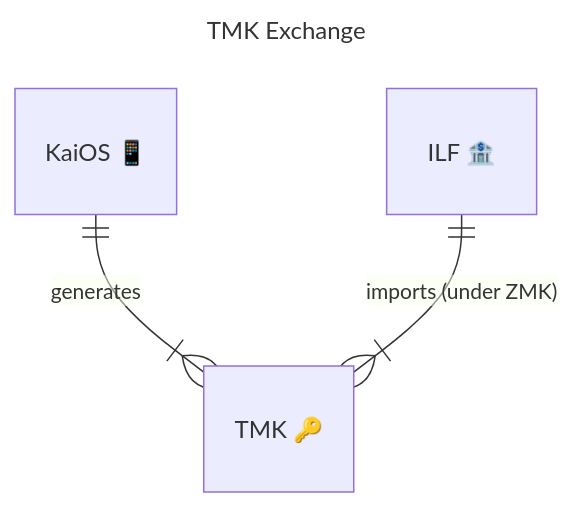
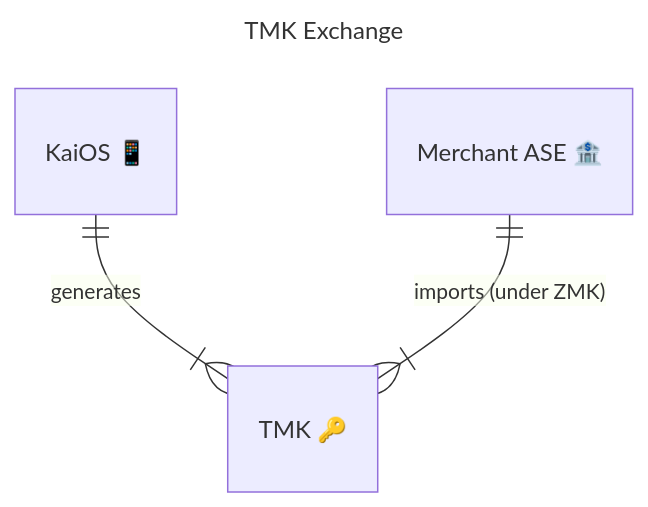
The third of 6 diagrams in test/hsm-emulator/README.md (interledger/rafiki), drawn with Mermaid before and after one commit. The commit also changed other lines of this file and 14 other files, not shown here.

````diff
--- a/test/hsm-emulator/README.md
+++ b/test/hsm-emulator/README.md
@@ -58,8 +76,8 @@
 ```mermaid
 ---
 title: TMK Exchange
 ---
 erDiagram
     "KaiOS 📱" ||--}| "TMK 🔑" : generates
-    "ILF 🏦" ||--}| "TMK 🔑" : "imports (under ZMK)"
+    "Merchant ASE 🏦" ||--}| "TMK 🔑" : "imports (under ZMK)"
 ```
````
